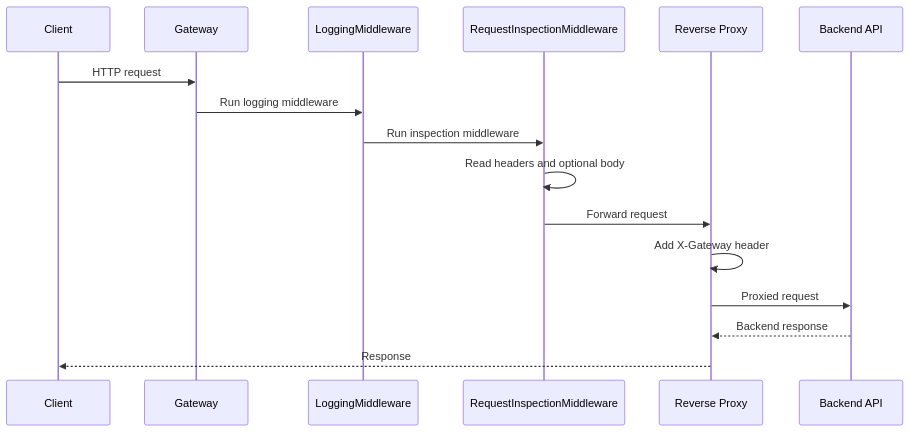
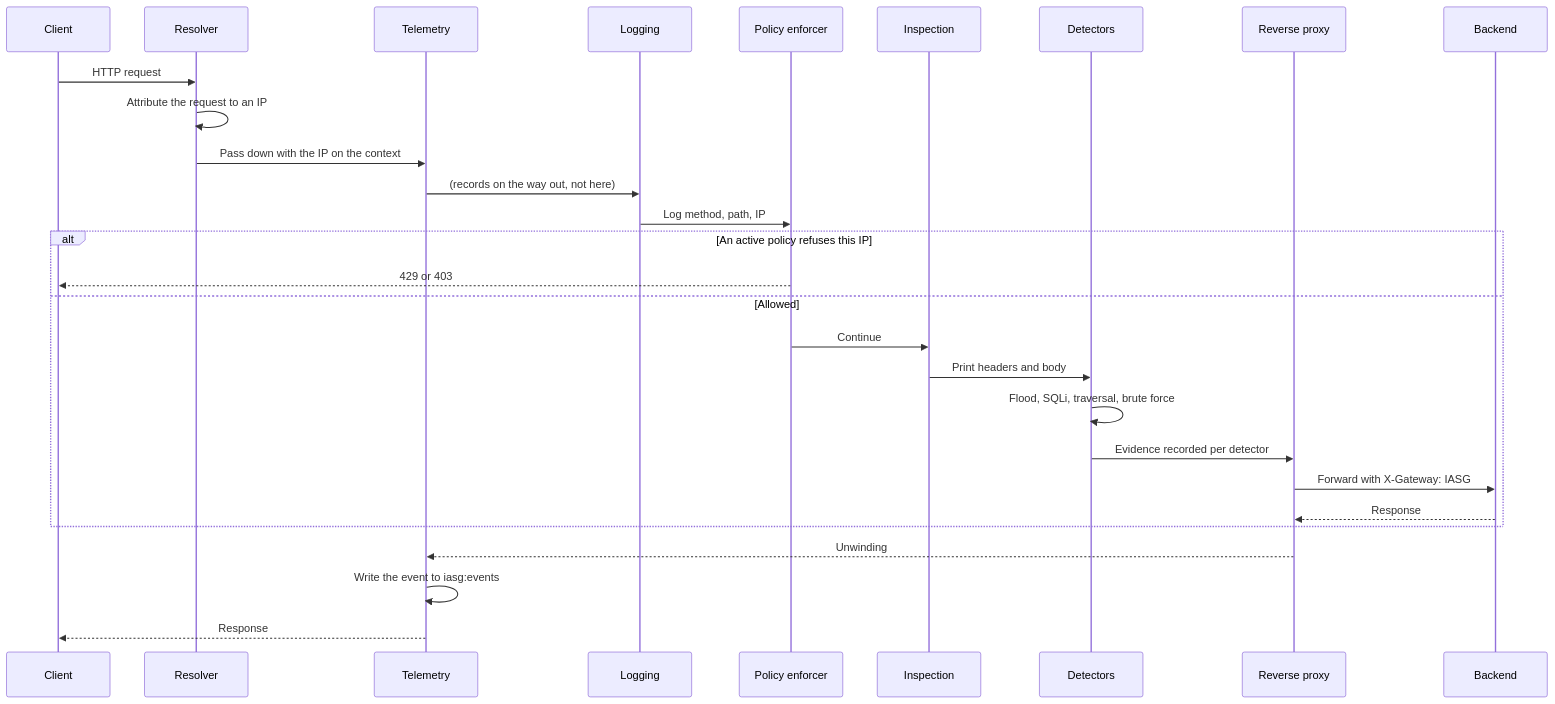
The diagram in gateway/docs/request-lifecycle.md (Adnan-Safdari/Intelligent_API_Security_Gateway), drawn with Mermaid before and after one commit. The commit also changed other lines of this file and 12 other files, not shown here.

````diff
--- a/gateway/docs/request-lifecycle.md
+++ b/gateway/docs/request-lifecycle.md
@@ -25,19 +11,31 @@
 ```mermaid
 sequenceDiagram
     participant C as Client
-    participant G as Gateway
-    participant LM as LoggingMiddleware
-    participant IM as RequestInspectionMiddleware
-    participant RP as Reverse Proxy
-    participant B as Backend API
+    participant R as Resolver
+    participant T as Telemetry
+    participant L as Logging
+    participant P as Policy enforcer
+    participant I as Inspection
+    participant D as Detectors
+    participant RP as Reverse proxy
+    participant B as Backend
 
-    C->>G: HTTP request
-    G->>LM: Run logging middleware
-    LM->>IM: Run inspection middleware
-    IM->>IM: Read headers and optional body
-    IM->>RP: Forward request
-    RP->>RP: Add X-Gateway header
-    RP->>B: Proxied request
-    B-->>RP: Backend response
-    RP-->>C: Response
+    C->>R: HTTP request
+    R->>R: Attribute the request to an IP
+    R->>T: Pass down with the IP on the context
+    T->>L: (records on the way out, not here)
+    L->>P: Log method, path, IP
+    alt An active policy refuses this IP
+        P-->>C: 429 or 403
+    else Allowed
+        P->>I: Continue
+        I->>D: Print headers and body
+        D->>D: Flood, SQLi, traversal, brute force
+        D->>RP: Evidence recorded per detector
+        RP->>B: Forward with X-Gateway: IASG
+        B-->>RP: Response
+    end
+    RP-->>T: Unwinding
+    T->>T: Write the event to iasg:events
+    T-->>C: Response
 ```
````
